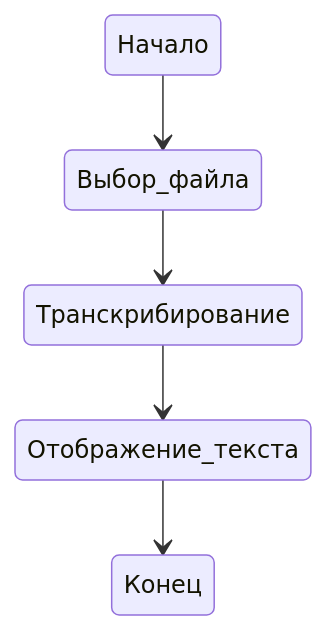
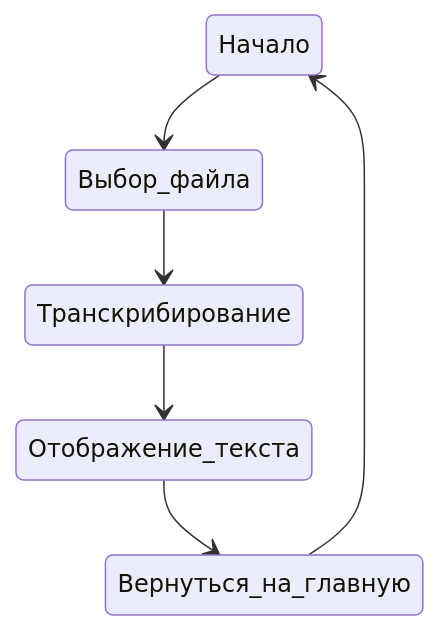
Before and after one commit to Retnug228/Lab3Orpo: the third of 4 diagrams in docs/behavior.md, drawn with Mermaid. The commit also changed other lines of this file, not shown here.

````diff
--- a/docs/behavior.md
+++ b/docs/behavior.md
@@ -53,7 +55,8 @@
 ```mermaid
 stateDiagram
     Начало --> Выбор_файла
     Выбор_файла --> Транскрибирование
     Транскрибирование --> Отображение_текста
-    Отображение_текста --> Конец
+    Отображение_текста --> Вернуться_на_главную
+    Вернуться_на_главную --> Начало
 ```
````
